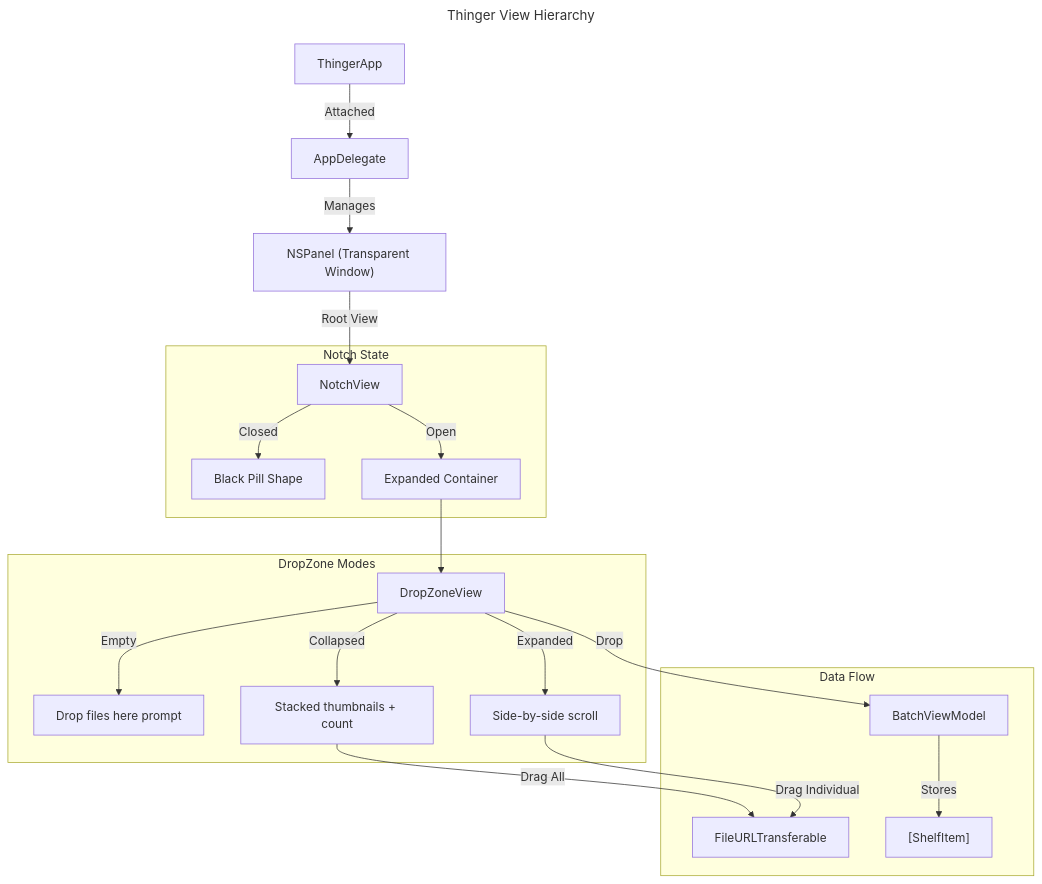
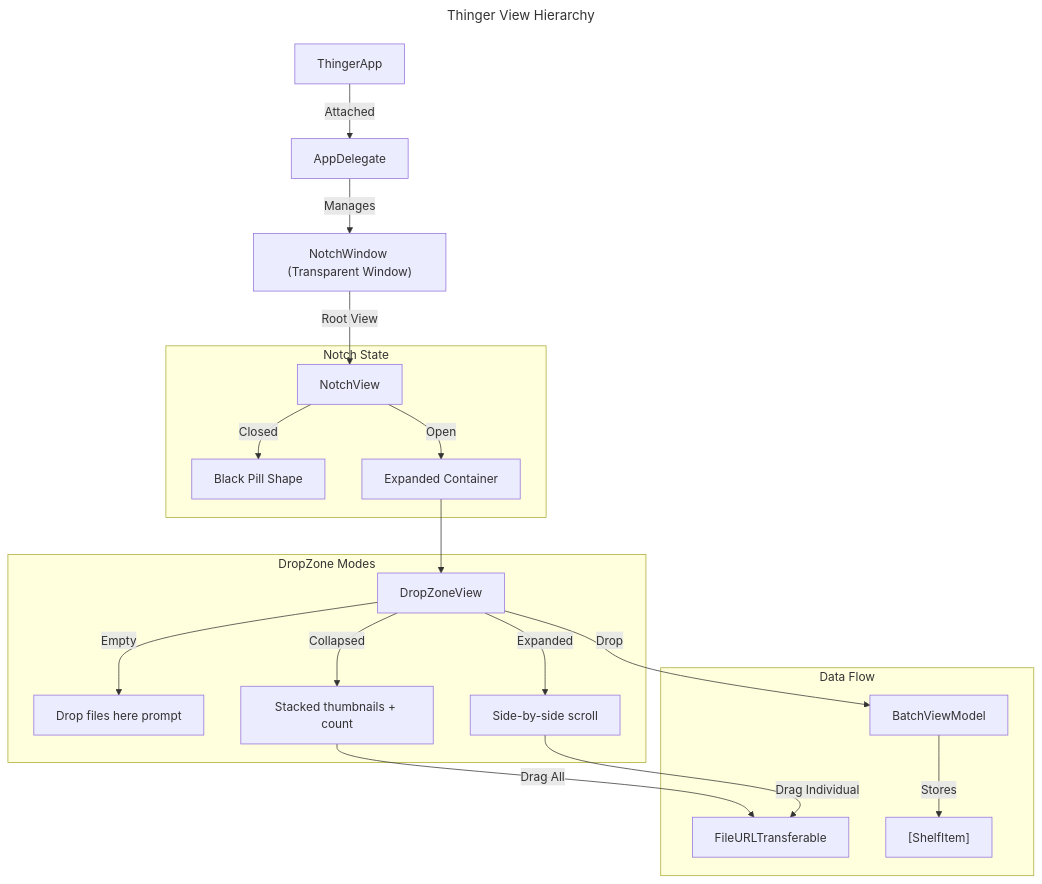
Before and after one commit to Brudatekas/thinger: the first of 3 diagrams in DOCUMENTATION.md, drawn with Mermaid. The commit also changed other lines of this file and 13 other files, not shown here.

````diff
--- a/DOCUMENTATION.md
+++ b/DOCUMENTATION.md
@@ -138,29 +138,29 @@
 ```mermaid
 ---
 title: Thinger View Hierarchy
 ---
 graph TD
     App[ThingerApp] -->|Attached| Deleg[AppDelegate]
-    Deleg -->|Manages| Win["NSPanel (Transparent Window)"]
+    Deleg -->|Manages| Win["NotchWindow (Transparent Window)"]
     Win -->|Root View| Notch[NotchView]
     
     subgraph Notch State
         Notch -->|Closed| BlackPill[Black Pill Shape]
         Notch -->|Open| Expanded[Expanded Container]
     end
     
     Expanded --> DZ[DropZoneView]
     
     subgraph DropZone Modes
         DZ -->|Empty| Empty["Drop files here prompt"]
         DZ -->|Collapsed| Stack["Stacked thumbnails + count"]
         DZ -->|Expanded| Grid["Side-by-side scroll"]
     end
     
     subgraph Data Flow
         Stack -->|Drag All| Transfer[FileURLTransferable]
         Grid -->|Drag Individual| Transfer
         DZ -->|Drop| BVM[BatchViewModel]
         BVM -->|Stores| Items["[ShelfItem]"]
     end
 ```
````
